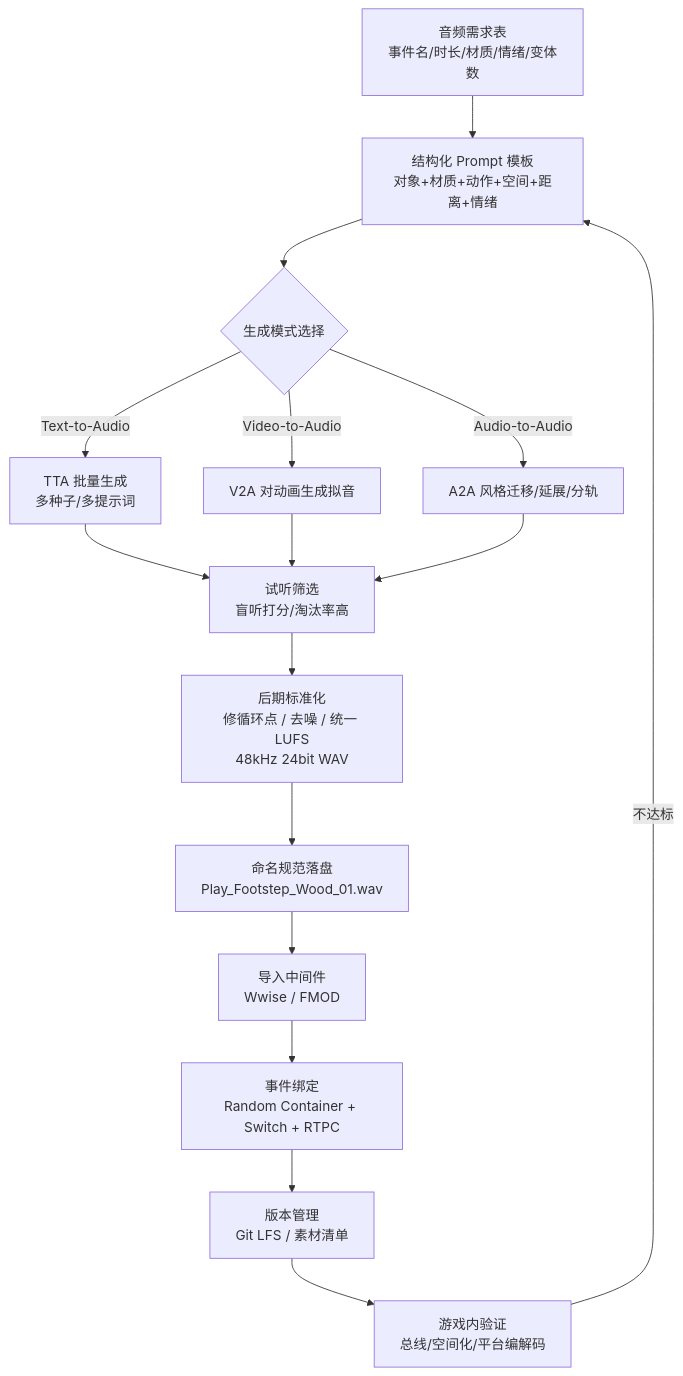
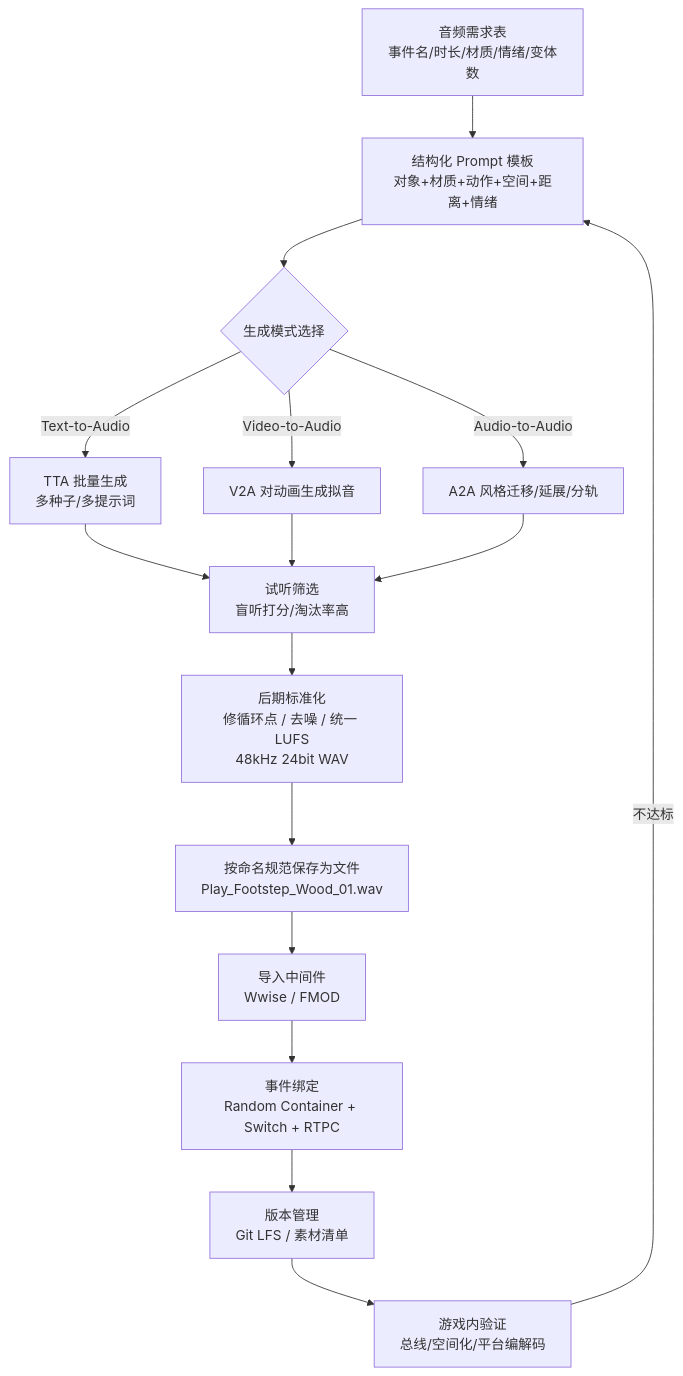
The second of 2 diagrams in SHU261-basic-practice/AIGC-Game-Audio-Research.md (QingWen-06/24122099tqwstore), drawn with Mermaid before and after one commit. The commit also changed other lines of this file and 3 other files, not shown here.

Commit message:
docs: 调整文档表述与配图，示意图改用 mermaid

````diff
--- a/SHU261-basic-practice/AIGC-Game-Audio-Research.md
+++ b/SHU261-basic-practice/AIGC-Game-Audio-Research.md
@@ -237,18 +239,18 @@
 ```mermaid
 flowchart TD
     A[音频需求表<br/>事件名/时长/材质/情绪/变体数] --> B[结构化 Prompt 模板<br/>对象+材质+动作+空间+距离+情绪]
     B --> C{生成模式选择}
     C -->|Text-to-Audio| D1[TTA 批量生成<br/>多种子/多提示词]
     C -->|Video-to-Audio| D2[V2A 对动画生成拟音]
     C -->|Audio-to-Audio| D3[A2A 风格迁移/延展/分轨]
     D1 --> E[试听筛选<br/>盲听打分/淘汰率高]
     D2 --> E
     D3 --> E
     E --> F[后期标准化<br/>修循环点 / 去噪 / 统一 LUFS<br/>48kHz 24bit WAV]
-    F --> G[命名规范落盘<br/>Play_Footstep_Wood_01.wav]
+    F --> G[按命名规范保存为文件<br/>Play_Footstep_Wood_01.wav]
     G --> H[导入中间件<br/>Wwise / FMOD]
     H --> I[事件绑定<br/>Random Container + Switch + RTPC]
     I --> J[版本管理<br/>Git LFS / 素材清单]
     J --> K[游戏内验证<br/>总线/空间化/平台编解码]
     K -->|不达标| B
 ```
````
